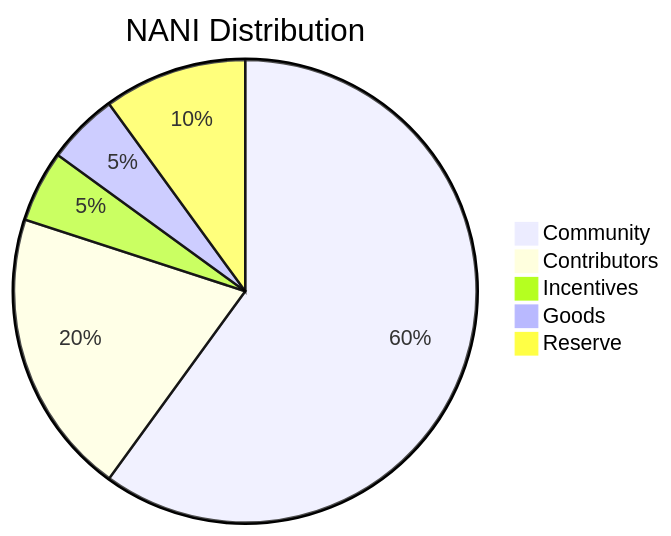
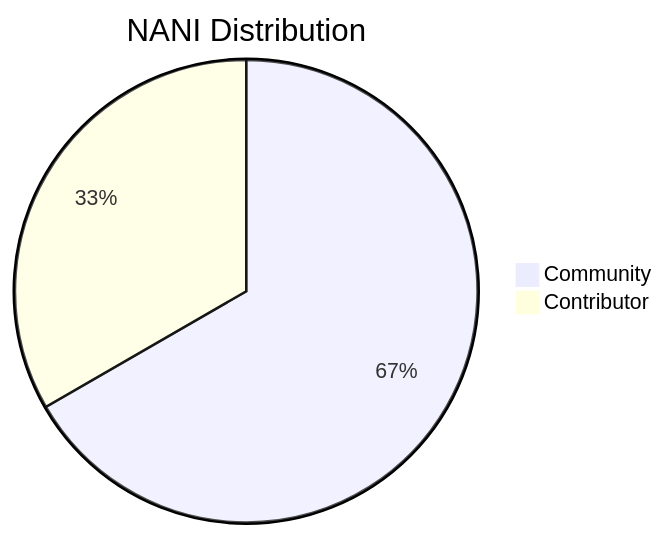
Before and after one commit to NaniDAO/NaniDAO: the diagram in README.md, drawn with Mermaid. The commit also changed other lines of this file, not shown here.

````diff
--- a/README.md
+++ b/README.md
@@ -9,8 +7,5 @@
 ```mermaid
 pie title NANI Distribution
-    "Community" : 60
-    "Contributors" : 20
-    "Incentives" : 5
-    "Goods" : 5
-    "Reserve" : 10
+    "Community" : 66.66
+    "Contributor" : 33.33
 ```
````
